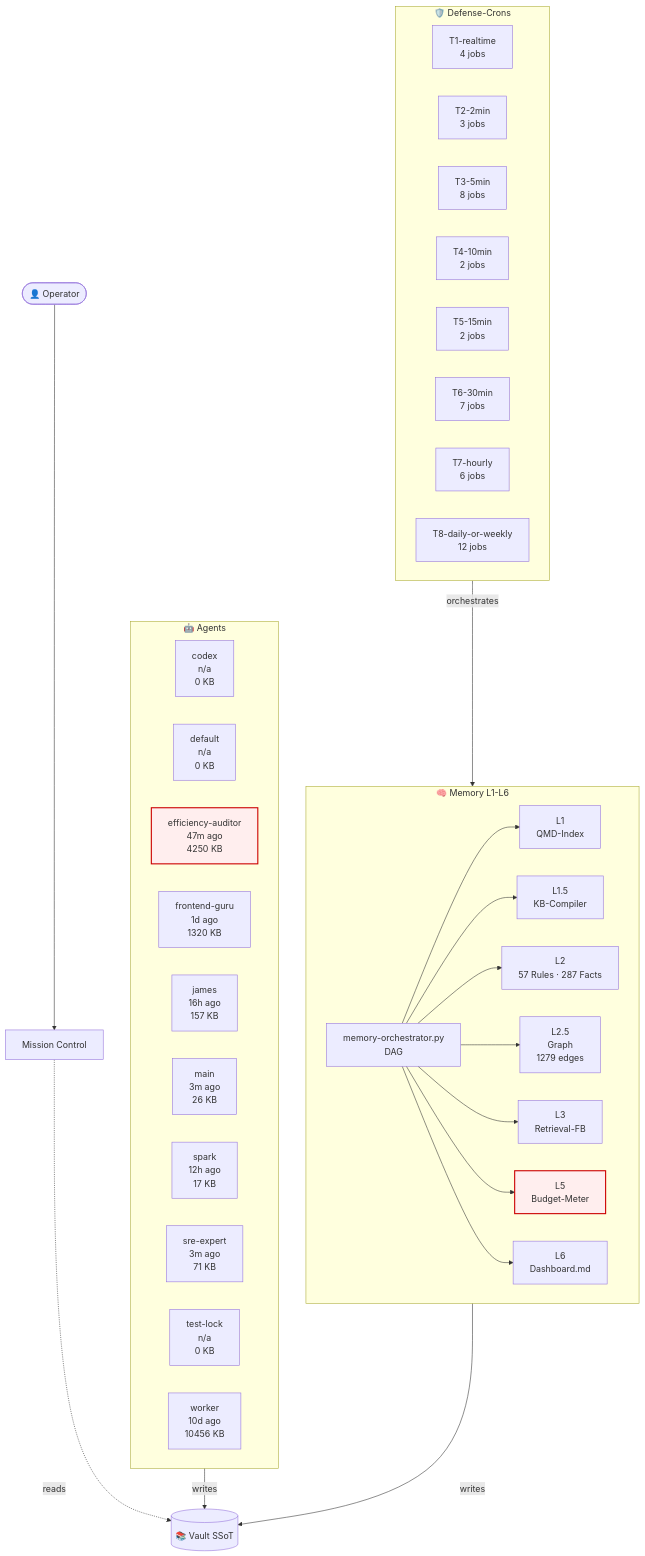
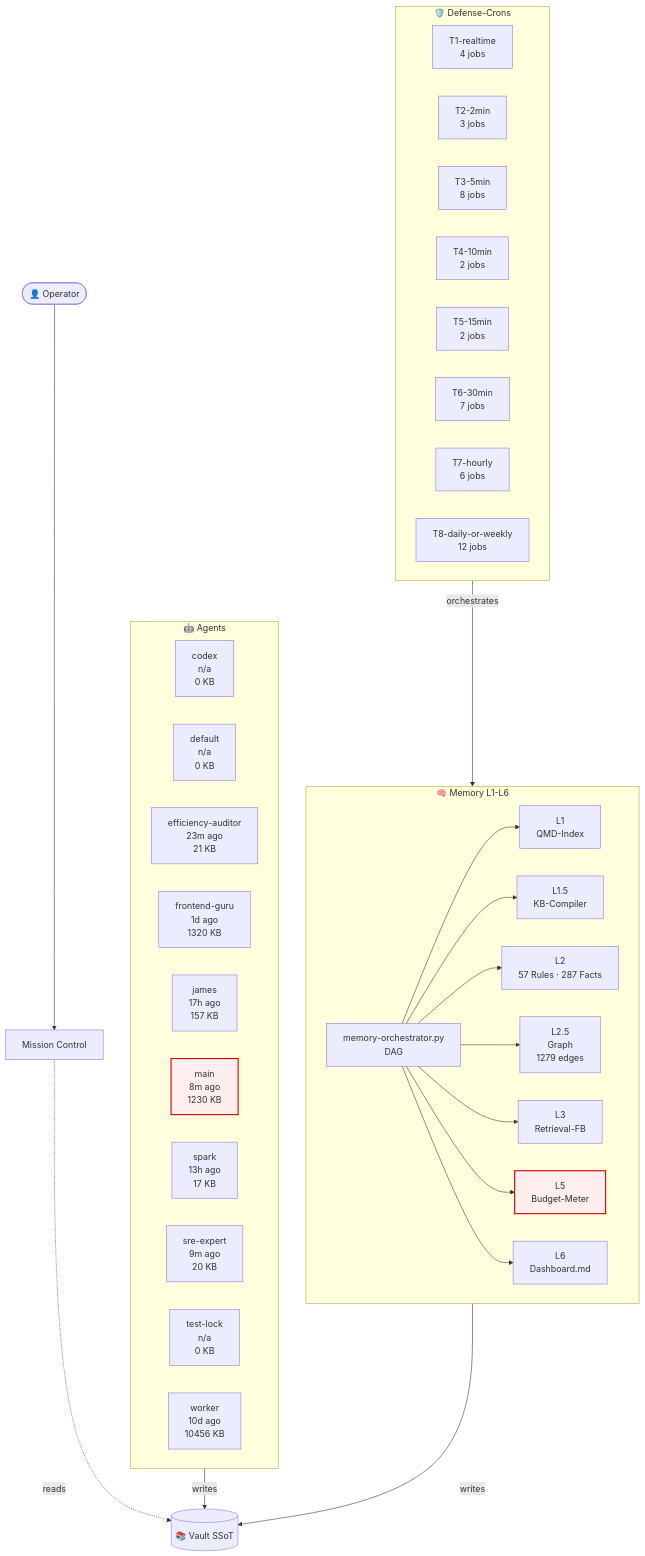
One commit to lenardhuebner88-rgb/openclaw-memory changed the diagram in 03-Agents/architecture-live.md. Above: the diagram before and after it, drawn with Mermaid. The commit also changed other lines of this file and 14 other files, not shown here.

````diff
--- a/03-Agents/architecture-live.md
+++ b/03-Agents/architecture-live.md
@@ -18,53 +18,53 @@
 ```mermaid
 flowchart TB
     classDef critical fill:#fee,stroke:#c00,stroke-width:2px;
     subgraph AGT["🤖 Agents"]
         agent_codex["codex<br/>n/a<br/>0 KB"]
         agent_default["default<br/>n/a<br/>0 KB"]
-        agent_efficiency_auditor["efficiency-auditor<br/>47m ago<br/>4250 KB"]
+        agent_efficiency_auditor["efficiency-auditor<br/>23m ago<br/>21 KB"]
         agent_frontend_guru["frontend-guru<br/>1d ago<br/>1320 KB"]
-        agent_james["james<br/>16h ago<br/>157 KB"]
-        agent_main["main<br/>3m ago<br/>26 KB"]
-        agent_spark["spark<br/>12h ago<br/>17 KB"]
-        agent_sre_expert["sre-expert<br/>3m ago<br/>71 KB"]
+        agent_james["james<br/>17h ago<br/>157 KB"]
+        agent_main["main<br/>8m ago<br/>1230 KB"]
+        agent_spark["spark<br/>13h ago<br/>17 KB"]
+        agent_sre_expert["sre-expert<br/>9m ago<br/>20 KB"]
         agent_test_lock["test-lock<br/>n/a<br/>0 KB"]
         agent_worker["worker<br/>10d ago<br/>10456 KB"]
     end
     subgraph MEM["🧠 Memory L1-L6"]
         L1["L1<br/>QMD-Index"]
         L15["L1.5<br/>KB-Compiler"]
         L2["L2<br/>57 Rules · 287 Facts"]
         L25["L2.5<br/>Graph<br/>1279 edges"]
         L3["L3<br/>Retrieval-FB"]
         L5["L5<br/>Budget-Meter"]
         L6["L6<br/>Dashboard.md"]
         ORCH["memory-orchestrator.py<br/>DAG"]
     end
     subgraph CRN["🛡️ Defense-Crons"]
         tier_T1_realtime["T1-realtime<br/>4 jobs"]
         tier_T2_2min["T2-2min<br/>3 jobs"]
         tier_T3_5min["T3-5min<br/>8 jobs"]
         tier_T4_10min["T4-10min<br/>2 jobs"]
         tier_T5_15min["T5-15min<br/>2 jobs"]
         tier_T6_30min["T6-30min<br/>7 jobs"]
         tier_T7_hourly["T7-hourly<br/>6 jobs"]
         tier_T8_daily_or_weekly["T8-daily-or-weekly<br/>12 jobs"]
     end
     VAULT[("📚 Vault SSoT")]
     OP([👤 Operator])
     MC["Mission Control"]
     OP --> MC
     MC -.reads.-> VAULT
     AGT -->|writes| VAULT
     MEM -->|writes| VAULT
     ORCH --> L1
     ORCH --> L15
     ORCH --> L2
     ORCH --> L25
     ORCH --> L3
     ORCH --> L5
     ORCH --> L6
     CRN -->|orchestrates| MEM
     class L5 critical
-    class agent_efficiency_auditor critical
+    class agent_main critical
 ```
````
